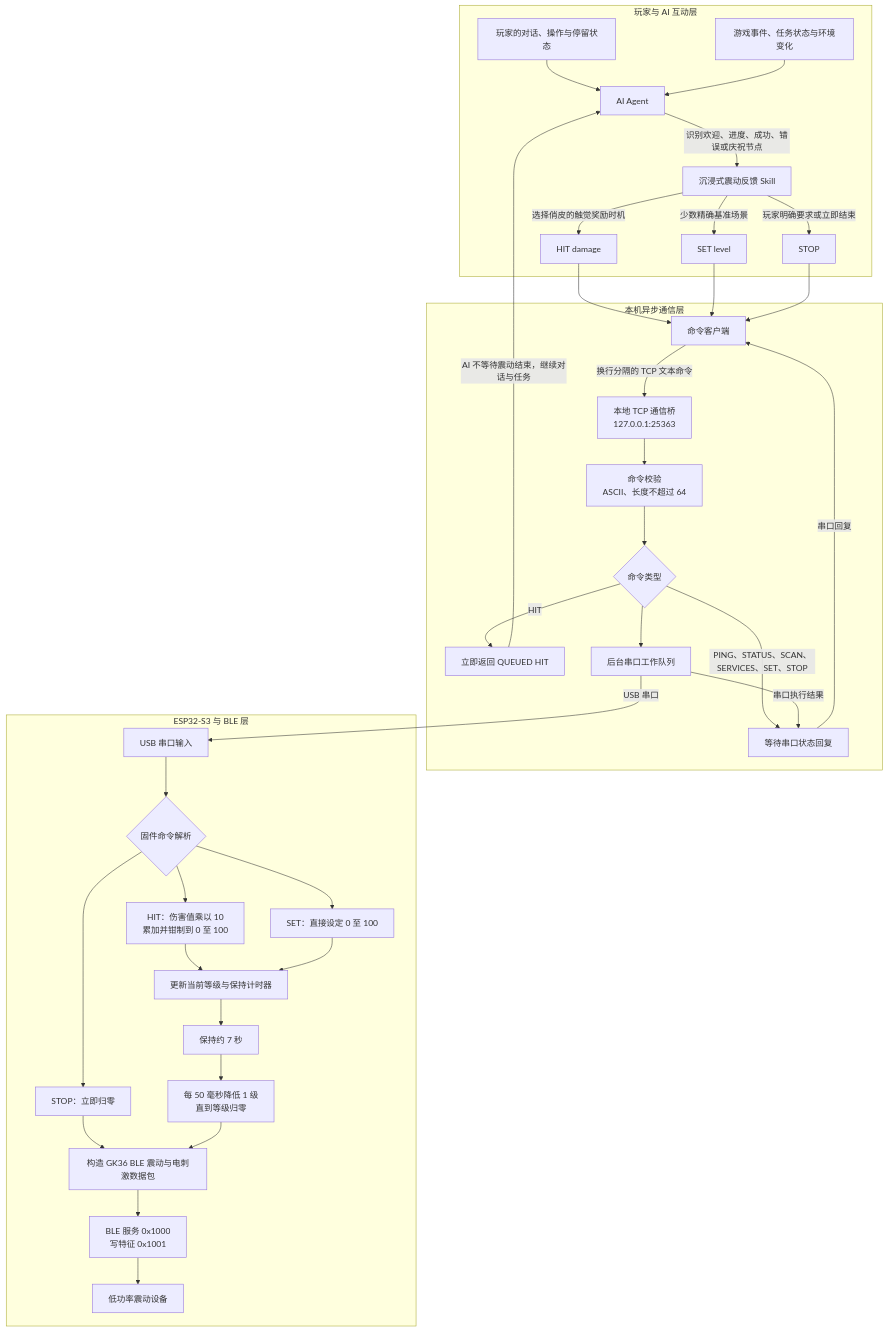
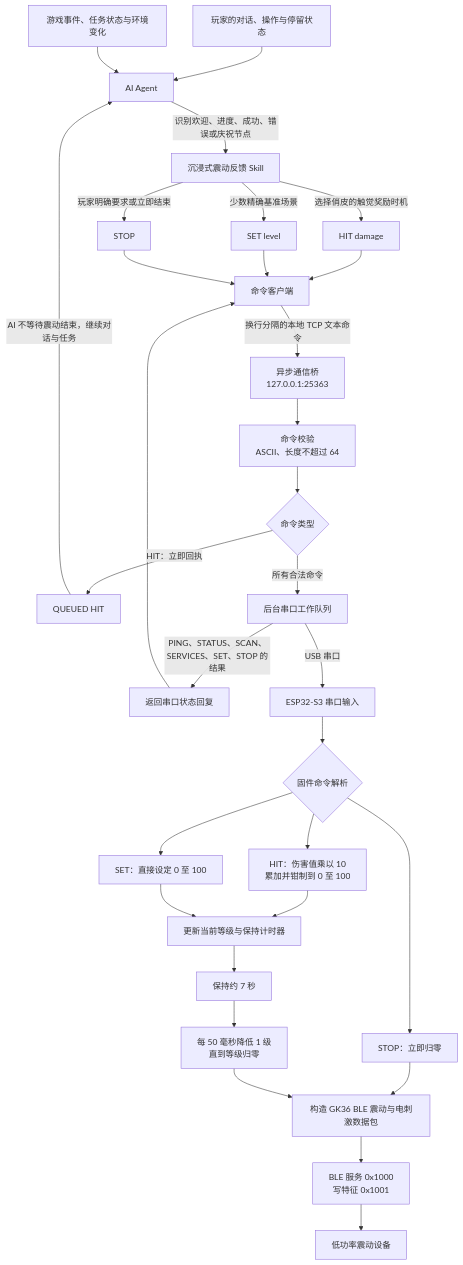
Before and after one commit to ra1nyxin/immersive-vibration-response-skill: the diagram in README.md, drawn with Mermaid.

Commit message:
移除流程图分组背景

````diff
--- a/README.md
+++ b/README.md
@@ -11,55 +11,33 @@
 ```mermaid
 flowchart TD
-    subgraph I[玩家与 AI 互动层]
-        P[玩家的对话、操作与停留状态]
-        G[游戏事件、任务状态与环境变化]
-        A[AI Agent]
-        P --> A
-        G --> A
-        A -->|识别欢迎、进度、成功、错误或庆祝节点| S[沉浸式震动反馈 Skill]
-        S -->|选择俏皮的触觉奖励时机| H[HIT damage]
-        S -->|少数精确基准场景| T[SET level]
-        S -->|玩家明确要求或立即结束| X[STOP]
-    end
-
-    subgraph L[本机异步通信层]
-        C[命令客户端]
-        Q{命令类型}
-        R[立即返回 QUEUED HIT]
-        K[等待串口状态回复]
-        B[本地 TCP 通信桥\n127.0.0.1:25363]
-        V[命令校验\nASCII、长度不超过 64]
-        W[后台串口工作队列]
-        H --> C
-        T --> C
-        X --> C
-        C -->|换行分隔的 TCP 文本命令| B
-        B --> V --> Q
-        Q -->|HIT| R
-        R -->|AI 不等待震动结束，继续对话与任务| A
-        Q -->|PING、STATUS、SCAN、SERVICES、SET、STOP| K
-        Q --> W
-        W -->|串口执行结果| K
-        K -->|串口回复| C
-    end
-
-    subgraph E[ESP32-S3 与 BLE 层]
-        U[USB 串口输入]
-        F{固件命令解析}
-        M1[HIT：伤害值乘以 10\n累加并钳制到 0 至 100]
-        M2[SET：直接设定 0 至 100]
-        M3[STOP：立即归零]
-        Y[更新当前等级与保持计时器]
-        Z[保持约 7 秒]
-        D[每 50 毫秒降低 1 级\n直到等级归零]
-        J[构造 GK36 BLE 震动与电刺激数据包]
-        N[BLE 服务 0x1000\n写特征 0x1001]
-        O[低功率震动设备]
-        W -->|USB 串口| U --> F
-        F --> M1 --> Y
-        F --> M2 --> Y
-        F --> M3 --> J
-        Y --> Z --> D --> J
-        J --> N --> O
-    end
+    P[玩家的对话、操作与停留状态] --> A[AI Agent]
+    G[游戏事件、任务状态与环境变化] --> A
+    A -->|识别欢迎、进度、成功、错误或庆祝节点| S[沉浸式震动反馈 Skill]
+    S -->|选择俏皮的触觉奖励时机| H[HIT damage]
+    S -->|少数精确基准场景| T[SET level]
+    S -->|玩家明确要求或立即结束| X[STOP]
+    H --> C[命令客户端]
+    T --> C
+    X --> C
+    C -->|换行分隔的本地 TCP 文本命令| B[异步通信桥\n127.0.0.1:25363]
+    B --> V[命令校验\nASCII、长度不超过 64]
+    V --> Q{命令类型}
+    Q -->|HIT：立即回执| R[QUEUED HIT]
+    R -->|AI 不等待震动结束，继续对话与任务| A
+    Q -->|所有合法命令| W[后台串口工作队列]
+    W -->|PING、STATUS、SCAN、SERVICES、SET、STOP 的结果| K[返回串口状态回复]
+    K --> C
+    W -->|USB 串口| U[ESP32-S3 串口输入]
+    U --> F{固件命令解析}
+    F --> M1[HIT：伤害值乘以 10\n累加并钳制到 0 至 100]
+    F --> M2[SET：直接设定 0 至 100]
+    F --> M3[STOP：立即归零]
+    M1 --> Y[更新当前等级与保持计时器]
+    M2 --> Y
+    M3 --> J[构造 GK36 BLE 震动与电刺激数据包]
+    Y --> Z[保持约 7 秒]
+    Z --> D[每 50 毫秒降低 1 级\n直到等级归零]
+    D --> J
+    J --> N[BLE 服务 0x1000\n写特征 0x1001]
+    N --> O[低功率震动设备]
 ```
````
